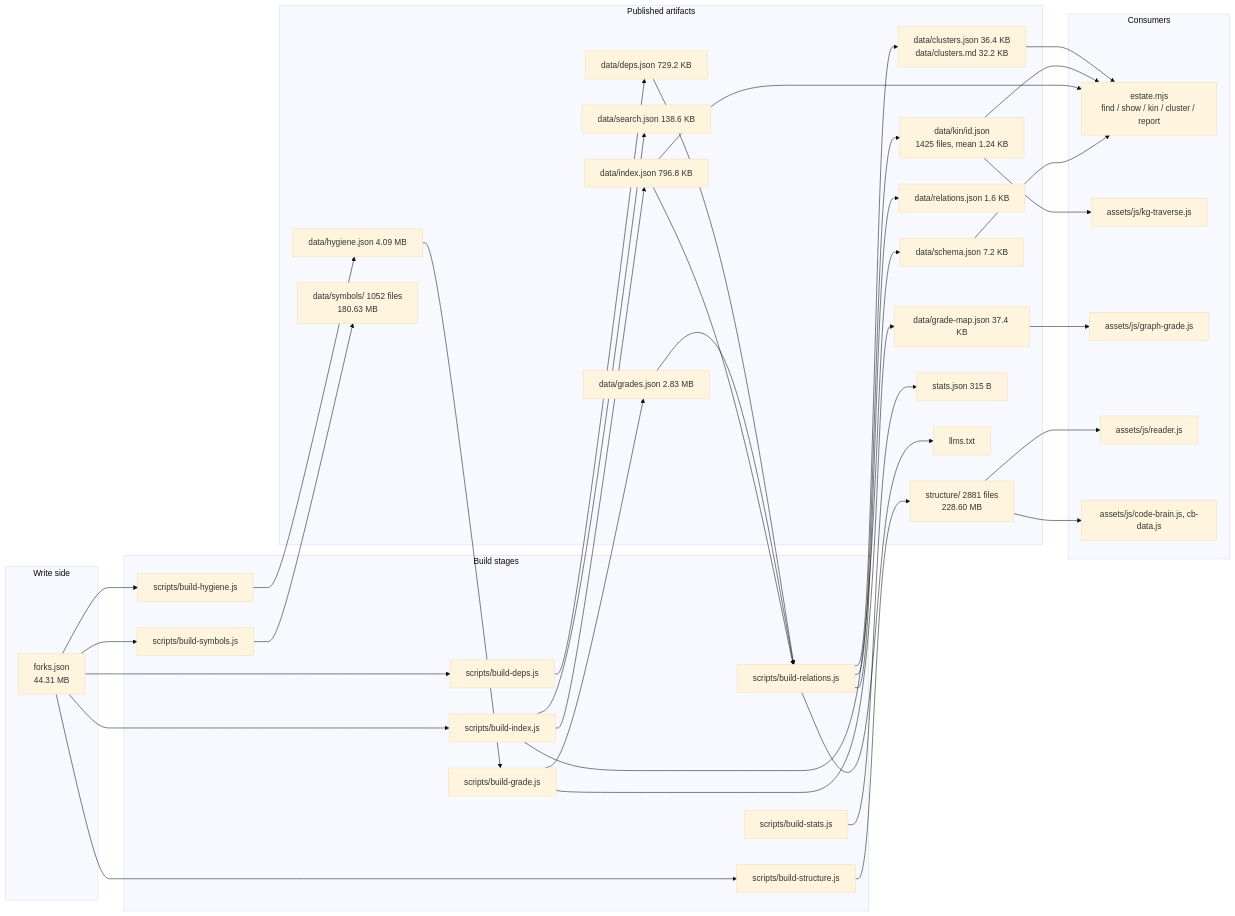
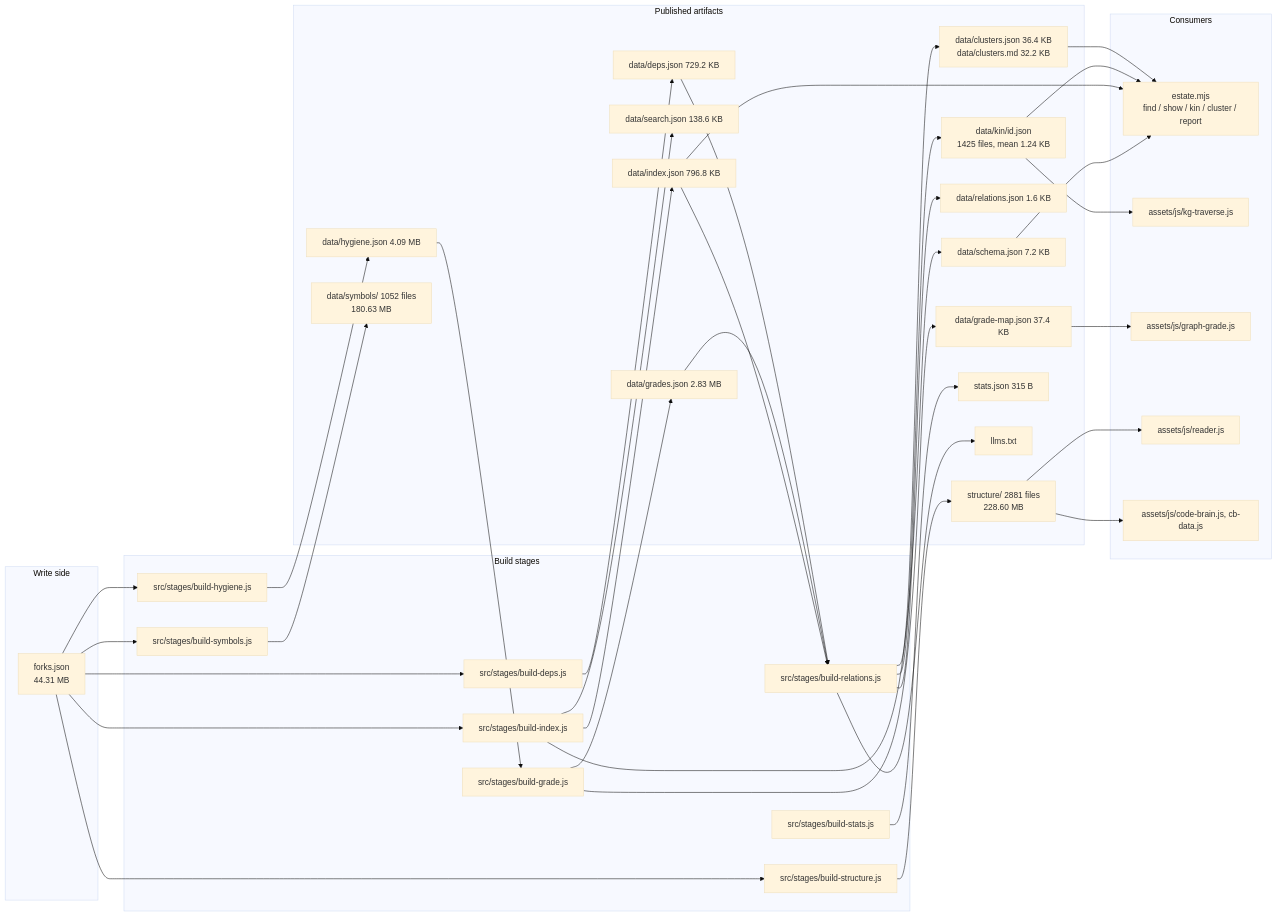
Before and after one commit to moses-y/moses-y.github.io: the first of 2 diagrams in docs/architecture/01-data-layer.md, drawn with Mermaid (base theme). The commit also changed other lines of this file and 160 other files, not shown here.

First line of the commit message:
Reorganise scripts/ into src/ and tests/, and delete the dead images/

````diff
--- a/docs/architecture/01-data-layer.md
+++ b/docs/architecture/01-data-layer.md
@@ -17,63 +17,63 @@
 ```mermaid
 flowchart LR
   subgraph write [Write side]
     F["forks.json<br/>44.31 MB"]
   end
 
   subgraph build [Build stages]
-    BI["scripts/build-index.js"]
-    BG["scripts/build-grade.js"]
-    BR["scripts/build-relations.js"]
-    BH["scripts/build-hygiene.js"]
-    BD["scripts/build-deps.js"]
-    BSY["scripts/build-symbols.js"]
-    BST["scripts/build-structure.js"]
-    BS["scripts/build-stats.js"]
+    BI["src/stages/build-index.js"]
+    BG["src/stages/build-grade.js"]
+    BR["src/stages/build-relations.js"]
+    BH["src/stages/build-hygiene.js"]
+    BD["src/stages/build-deps.js"]
+    BSY["src/stages/build-symbols.js"]
+    BST["src/stages/build-structure.js"]
+    BS["src/stages/build-stats.js"]
   end
 
   subgraph pub [Published artifacts]
     IDX["data/index.json 796.8 KB"]
     SCH["data/schema.json 7.2 KB"]
     SRCH["data/search.json 138.6 KB"]
     KIN["data/kin/id.json<br/>1425 files, mean 1.24 KB"]
     CL["data/clusters.json 36.4 KB<br/>data/clusters.md 32.2 KB"]
     REL["data/relations.json 1.6 KB"]
     GR["data/grades.json 2.83 MB"]
     GM["data/grade-map.json 37.4 KB"]
     HY["data/hygiene.json 4.09 MB"]
     DEP["data/deps.json 729.2 KB"]
     SYM["data/symbols/ 1052 files<br/>180.63 MB"]
     STR["structure/ 2881 files<br/>228.60 MB"]
     STA["stats.json 315 B"]
     LLM["llms.txt"]
   end
 
   subgraph read [Consumers]
     EST["estate.mjs<br/>find / show / kin / cluster / report"]
     KG["assets/js/kg-traverse.js"]
     GG["assets/js/graph-grade.js"]
     RD["assets/js/reader.js"]
     CB["assets/js/code-brain.js, cb-data.js"]
   end
 
   F --> BI --> IDX & SCH & SRCH
   F --> BH --> HY
   F --> BD --> DEP
   F --> BSY --> SYM
   F --> BST --> STR
   HY --> BG --> GR & GM
   IDX --> BR
   GR --> BR
   DEP --> BR
   BR --> KIN & CL & REL & LLM
   BS --> STA
 
   SCH --> EST
   IDX --> EST
   KIN --> EST
   CL --> EST
   KIN --> KG
   GM --> GG
   STR --> RD
   STR --> CB
 ```
````
